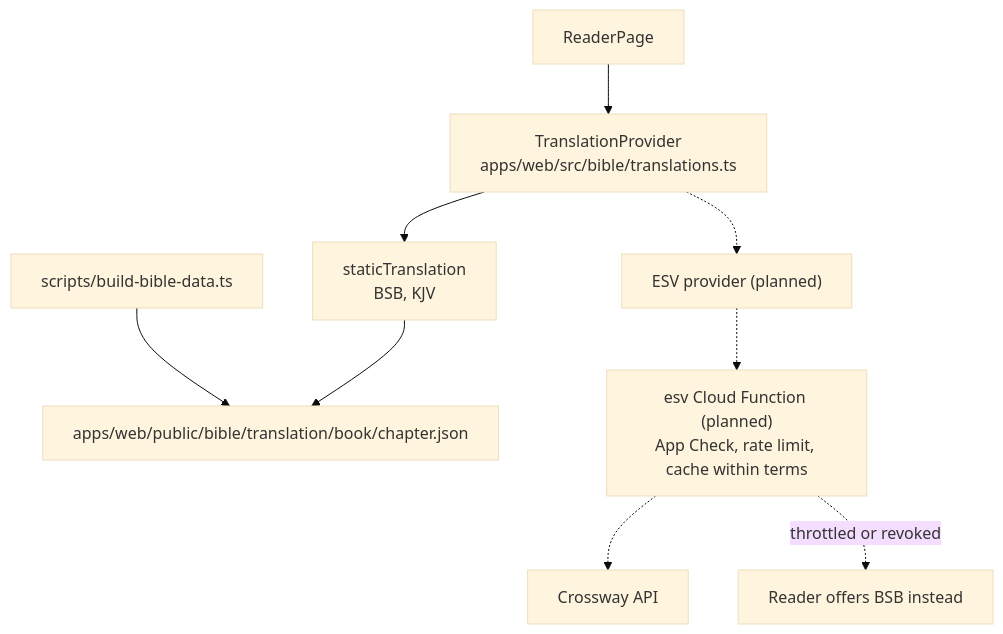
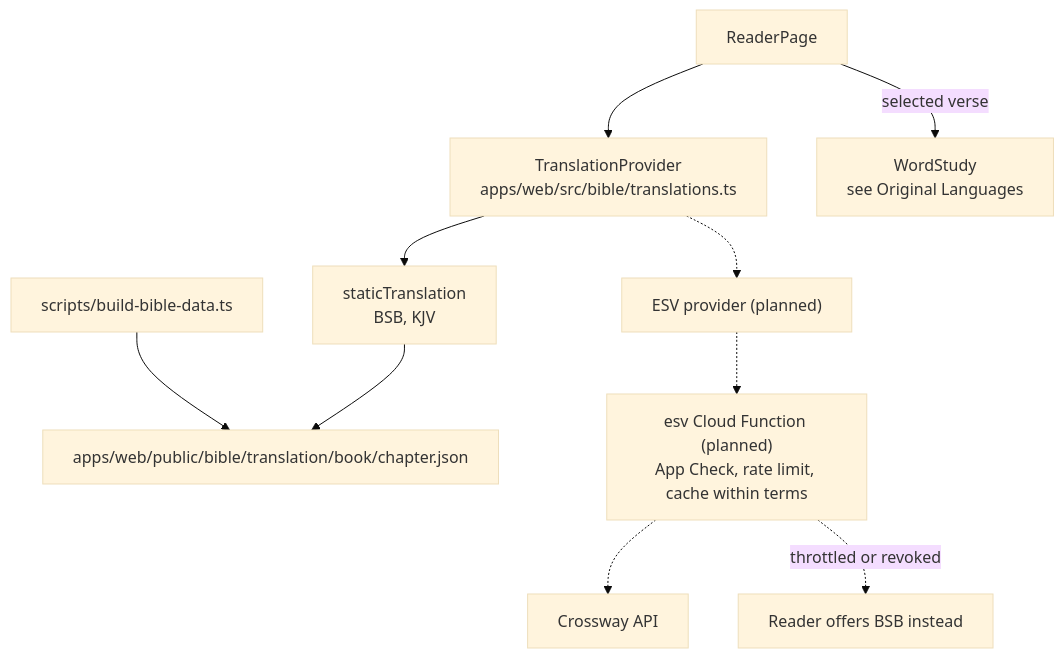
Before and after one commit to Valiance-Studios/bible-center: the second of 18 diagrams in ARCHITECTURE.md, drawn with Mermaid (base theme). The commit also changed other lines of this file and 1368 other files, not shown here.

First line of the commit message:
Add Hebrew/Greek word study beside the reader (#11)

````diff
--- a/ARCHITECTURE.md
+++ b/ARCHITECTURE.md
@@ -226,11 +229,12 @@
 ```mermaid
 flowchart TD
   build["scripts/build-bible-data.ts"] --> files["apps/web/public/bible/translation/book/chapter.json"]
   reader["ReaderPage"] --> interface["TranslationProvider<br/>apps/web/src/bible/translations.ts"]
+  reader -- "selected verse" --> words["WordStudy<br/>see Original Languages"]
   interface --> staticProvider["staticTranslation<br/>BSB, KJV"]
   interface -.-> esvProvider["ESV provider (planned)"]
   staticProvider --> files
   esvProvider -.-> proxy["esv Cloud Function (planned)<br/>App Check, rate limit, cache within terms"]
   proxy -.-> crossway["Crossway API"]
   proxy -. "throttled or revoked" .-> fallback["Reader offers BSB instead"]
 ```
````
